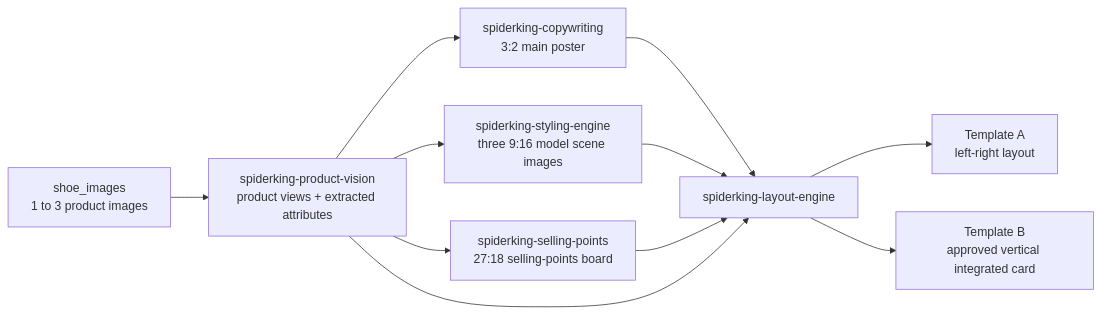
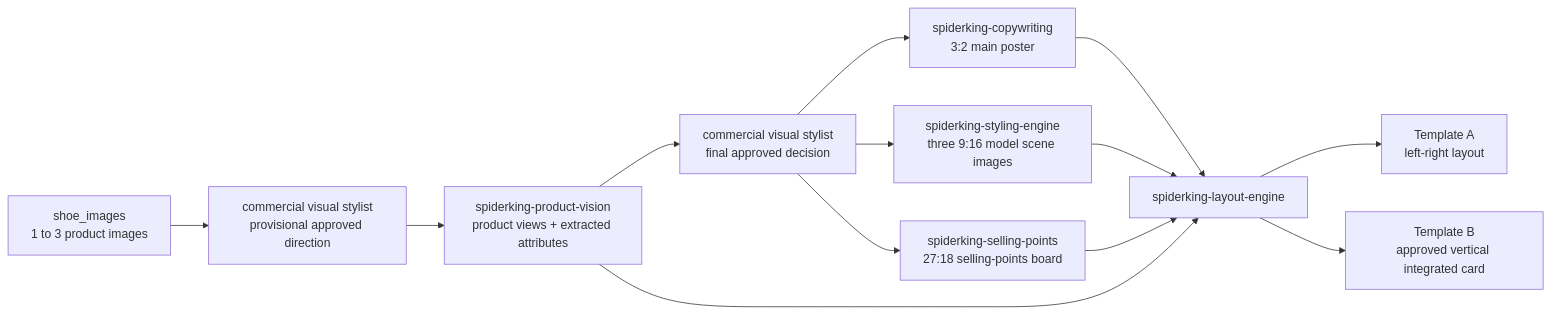
The diagram in skills/spiderking-brand-card-workflow/SKILL.md (chuweihua2026-lang/spiderking-ai-visual-workflow), drawn with Mermaid before and after one commit. The commit also changed other lines of this file and 11 other files, not shown here.

Commit message:
Add commercial visual stylist generation gate

````diff
--- a/skills/spiderking-brand-card-workflow/SKILL.md
+++ b/skills/spiderking-brand-card-workflow/SKILL.md
@@ -48,16 +56,18 @@
 ```mermaid
 flowchart LR
-  A["shoe_images<br/>1 to 3 product images"] --> B["spiderking-product-vision<br/>product views + extracted attributes"]
+  A["shoe_images<br/>1 to 3 product images"] --> S0["commercial visual stylist<br/>provisional approved direction"]
+  S0 --> B["spiderking-product-vision<br/>product views + extracted attributes"]
+  B --> S1["commercial visual stylist<br/>final approved decision"]
 
-  B --> C["spiderking-copywriting<br/>3:2 main poster"]
-  B --> D["spiderking-styling-engine<br/>three 9:16 model scene images"]
-  B --> E["spiderking-selling-points<br/>27:18 selling-points board"]
+  S1 --> C["spiderking-copywriting<br/>3:2 main poster"]
+  S1 --> D["spiderking-styling-engine<br/>three 9:16 model scene images"]
+  S1 --> E["spiderking-selling-points<br/>27:18 selling-points board"]
 
   C --> F["spiderking-layout-engine"]
   D --> F
   E --> F
   B --> F
 
   F --> G["Template A<br/>left-right layout"]
   F --> H["Template B<br/>approved vertical integrated card"]
 ```
````
